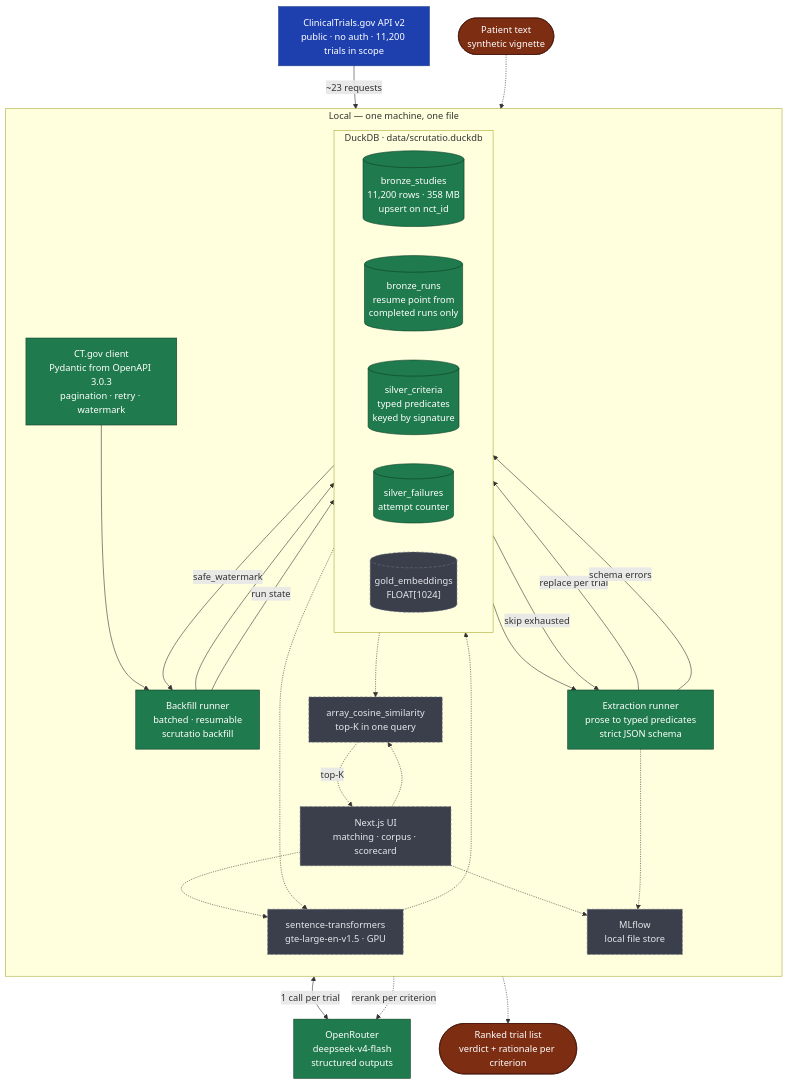
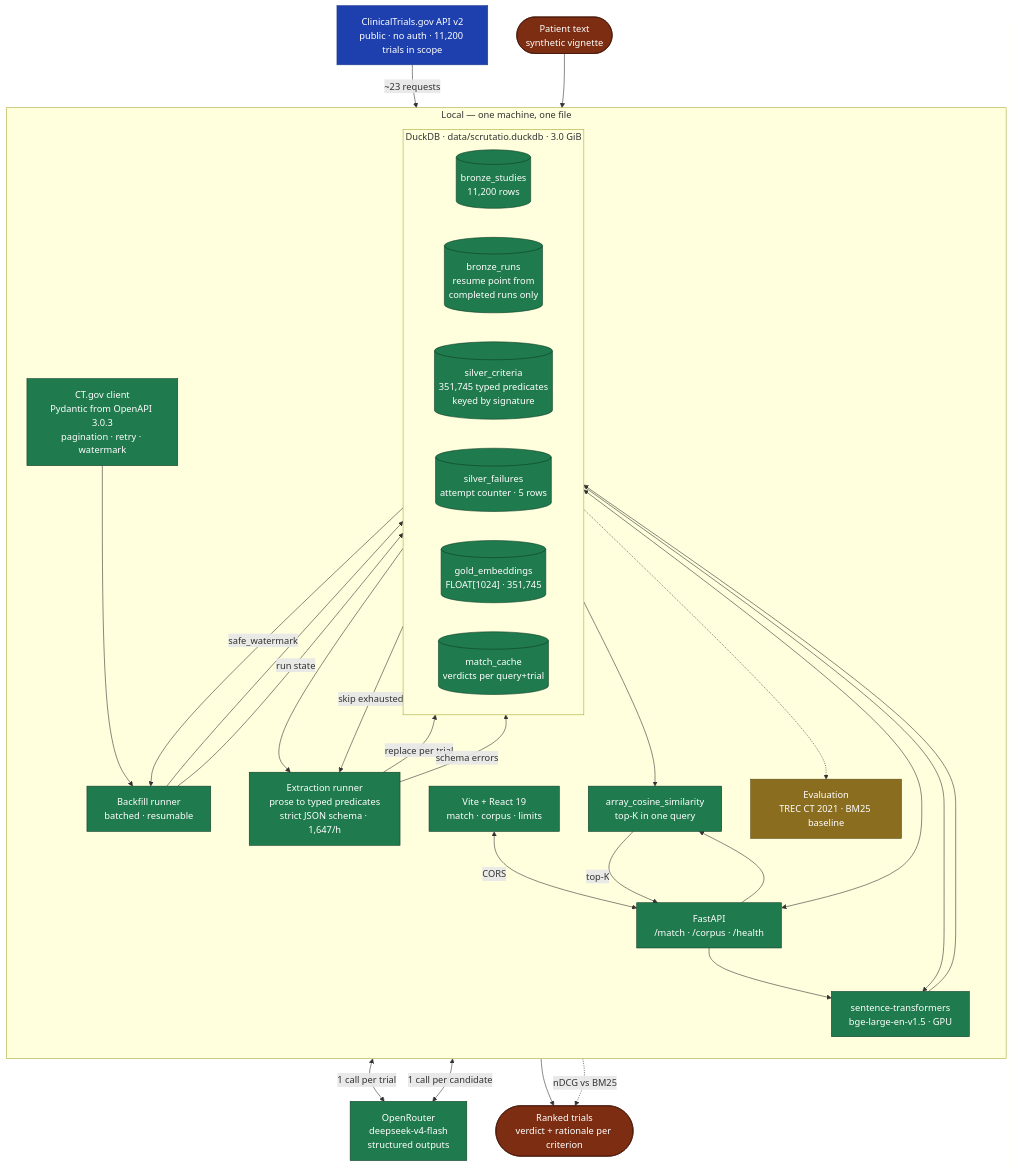
One commit to AlsoTheZv3n/scrutatio changed the diagram in README.md. Above: the diagram before and after it, drawn with Mermaid. The commit also changed other lines of this file, not shown here.

````diff
--- a/README.md
+++ b/README.md
@@ -52,64 +61,69 @@
 ```mermaid
 flowchart TB
     CTG["ClinicalTrials.gov API v2<br/>public · no auth · 11,200 trials in scope"]
 
     subgraph LOCAL ["Local — one machine, one file"]
         direction TB
         CLIENT["CT.gov client<br/>Pydantic from OpenAPI 3.0.3<br/>pagination · retry · watermark"]
-        RUNNER["Backfill runner<br/>batched · resumable<br/>scrutatio backfill"]
+        RUNNER["Backfill runner<br/>batched · resumable"]
 
-        subgraph DUCK ["DuckDB · data/scrutatio.duckdb"]
+        subgraph DUCK ["DuckDB · data/scrutatio.duckdb · 3.0 GiB"]
             direction LR
-            BRONZE[("bronze_studies<br/>11,200 rows · 358 MB<br/>upsert on nct_id")]
+            BRONZE[("bronze_studies<br/>11,200 rows")]
             RUNS[("bronze_runs<br/>resume point from<br/>completed runs only")]
-            SILVER[("silver_criteria<br/>typed predicates<br/>keyed by signature")]
-            FAILED[("silver_failures<br/>attempt counter")]
-            GOLD[("gold_embeddings<br/>FLOAT[1024]")]
+            SILVER[("silver_criteria<br/>351,745 typed predicates<br/>keyed by signature")]
+            FAILED[("silver_failures<br/>attempt counter · 5 rows")]
+            GOLD[("gold_embeddings<br/>FLOAT[1024] · 351,745")]
+            CACHE[("match_cache<br/>verdicts per query+trial")]
         end
 
-        EXTRACT["Extraction runner<br/>prose to typed predicates<br/>strict JSON schema"]
-        EMB["sentence-transformers<br/>gte-large-en-v1.5 · GPU"]
+        EXTRACT["Extraction runner<br/>prose to typed predicates<br/>strict JSON schema · 1,647/h"]
+        EMB["sentence-transformers<br/>bge-large-en-v1.5 · GPU"]
         VS["array_cosine_similarity<br/>top-K in one query"]
-        MLF["MLflow<br/>local file store"]
-        APP["Next.js UI<br/>matching · corpus · scorecard"]
+        API["FastAPI<br/>/match · /corpus · /health"]
+        APP["Vite + React 19<br/>match · corpus · limits"]
+        EVAL["Evaluation<br/>TREC CT 2021 · BM25 baseline"]
     end
 
     OR["OpenRouter<br/>deepseek-v4-flash<br/>structured outputs"]
 
     USER(["Patient text<br/>synthetic vignette"])
-    OUT(["Ranked trial list<br/>verdict + rationale per criterion"])
+    OUT(["Ranked trials<br/>verdict + rationale per criterion"])
 
     CTG -->|"~23 requests"| CLIENT
     CLIENT --> RUNNER
     RUNNER --> BRONZE
     RUNNER -->|"run state"| RUNS
     RUNS -->|"safe_watermark"| RUNNER
 
     BRONZE --> EXTRACT
     EXTRACT <-->|"1 call per trial"| OR
     EXTRACT -->|"replace per trial"| SILVER
     EXTRACT -->|"schema errors"| FAILED
     FAILED -->|"skip exhausted"| EXTRACT
-    SILVER -.-> EMB
-    EMB -.-> GOLD
-    GOLD -.-> VS
+    SILVER --> EMB
+    EMB --> GOLD
+    GOLD --> VS
 
-    USER -.-> APP
-    APP -.-> EMB
-    APP -.-> VS
-    VS -.->|"top-K"| APP
-    APP -.->|"rerank per criterion"| OR
-    APP -.-> OUT
-    APP -.-> MLF
-    EXTRACT -.-> MLF
+    USER --> APP
+    APP <-->|"CORS"| API
+    API --> EMB
+    API --> VS
+    VS -->|"top-K"| API
+    API <-->|"1 call per candidate"| OR
+    API <--> CACHE
+    API --> OUT
+
+    GOLD -.-> EVAL
+    EVAL -.->|"nDCG vs BM25"| OUT
 
     classDef built fill:#1f7a4d,stroke:#0d3d26,color:#fff
-    classDef planned fill:#3a3f4b,stroke:#6b7280,color:#e5e7eb,stroke-dasharray:5 3
+    classDef partial fill:#8a6d1f,stroke:#5c4813,color:#fff
     classDef ext fill:#1e40af,stroke:#1e3a8a,color:#fff
     classDef io fill:#7c2d12,stroke:#431407,color:#fff
 
-    class CLIENT,RUNNER,BRONZE,RUNS,SILVER,FAILED,EXTRACT,OR built
-    class GOLD,EMB,VS,MLF,APP planned
+    class CLIENT,RUNNER,BRONZE,RUNS,SILVER,FAILED,EXTRACT,GOLD,EMB,VS,API,APP,CACHE,OR built
+    class EVAL partial
     class CTG ext
     class USER,OUT io
 ```
````
